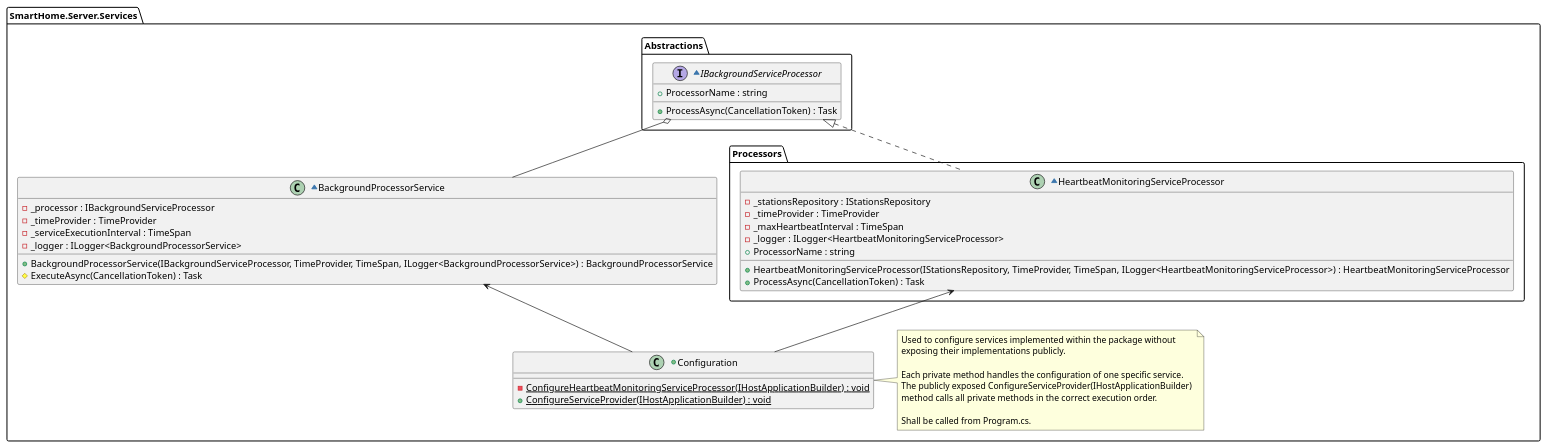
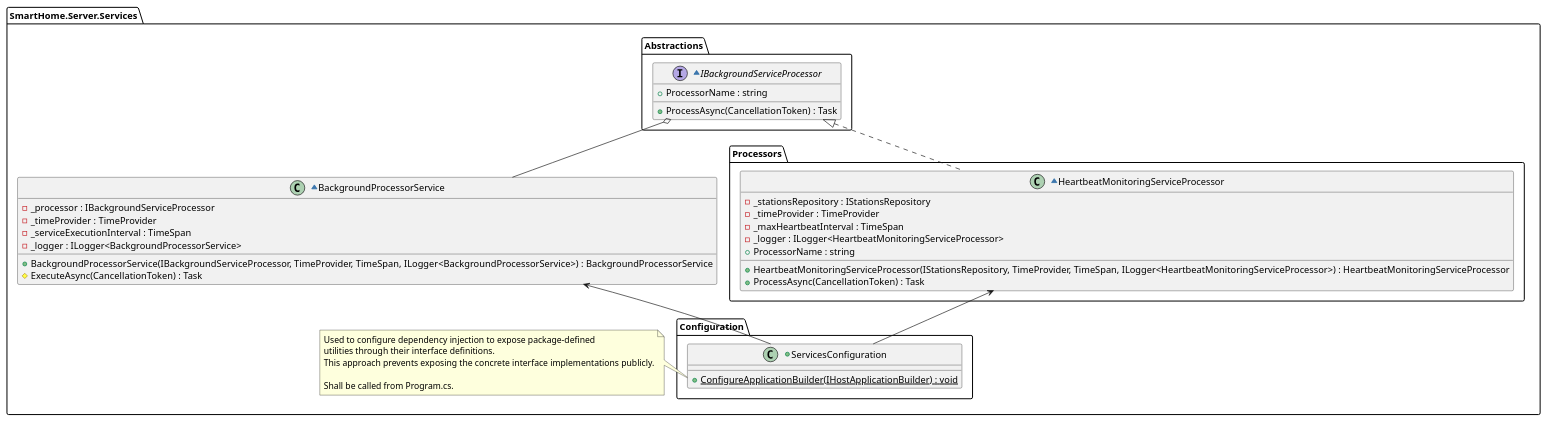
One commit to JakubMiodunka/smart-home changed the diagram in doc/Server/uml/modules/SmartHome.Server.Services.pu. Above: the diagram before and after it, drawn with PlantUML. The commit also changed 5 other files, not shown here.

Commit message:
[#40] Dependency injection configuration for Services module.

```diff
--- a/doc/Server/uml/modules/SmartHome.Server.Services.pu
+++ b/doc/Server/uml/modules/SmartHome.Server.Services.pu
@@ -1,54 +1,54 @@
 @startuml
 
 package "SmartHome.Server.Services" as Services {
     package Abstractions {
         ~interface IBackgroundServiceProcessor {
             +ProcessorName : string
             +ProcessAsync(CancellationToken) : Task
         }
     }
 
     package Processors {
         ~class HeartbeatMonitoringServiceProcessor {
             -_stationsRepository : IStationsRepository
             -_timeProvider : TimeProvider
             -_maxHeartbeatInterval : TimeSpan
             -_logger : ILogger<HeartbeatMonitoringServiceProcessor>
             +ProcessorName : string
             +HeartbeatMonitoringServiceProcessor(IStationsRepository, TimeProvider, TimeSpan, ILogger<HeartbeatMonitoringServiceProcessor>) : HeartbeatMonitoringServiceProcessor
             +ProcessAsync(CancellationToken) : Task
         }
     }
 
+    package Configuration {
+        +class ServicesConfiguration {
+            +{static} ConfigureApplicationBuilder(IHostApplicationBuilder) : void
+        }
+    }
+
     ~class BackgroundProcessorService {
         -_processor : IBackgroundServiceProcessor
         -_timeProvider : TimeProvider
         -_serviceExecutionInterval : TimeSpan
         -_logger : ILogger<BackgroundProcessorService>
         +BackgroundProcessorService(IBackgroundServiceProcessor, TimeProvider, TimeSpan, ILogger<BackgroundProcessorService>) : BackgroundProcessorService
         #ExecuteAsync(CancellationToken) : Task
     }
-    
-    +class Configuration {
-        -{static} ConfigureHeartbeatMonitoringServiceProcessor(IHostApplicationBuilder) : void
-        +{static} ConfigureServiceProvider(IHostApplicationBuilder) : void
-    }
-    
+        
     IBackgroundServiceProcessor <|.. HeartbeatMonitoringServiceProcessor
     IBackgroundServiceProcessor o-- BackgroundProcessorService
-    HeartbeatMonitoringServiceProcessor <-- Configuration
-    BackgroundProcessorService <-- Configuration
+    
+    HeartbeatMonitoringServiceProcessor <-- ServicesConfiguration
 
-    note right of Configuration
-        Used to configure services implemented within the package without 
-        exposing their implementations publicly.
-        
-        Each private method handles the configuration of one specific service.
-        The publicly exposed ConfigureServiceProvider(IHostApplicationBuilder) 
-        method calls all private methods in the correct execution order.
-        
+    BackgroundProcessorService <-- ServicesConfiguration
+
+    note left of ServicesConfiguration::ConfigureApplicationBuilder
+        Used to configure dependency injection to expose package-defined 
+        utilities through their interface definitions.
+        This approach prevents exposing the concrete interface implementations publicly.
+
         Shall be called from Program.cs.
     end note
 }
 
 @enduml
```
